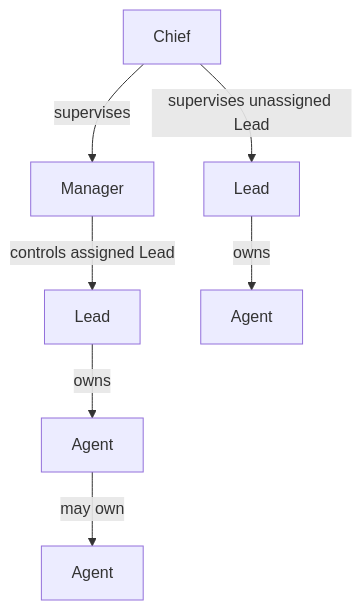
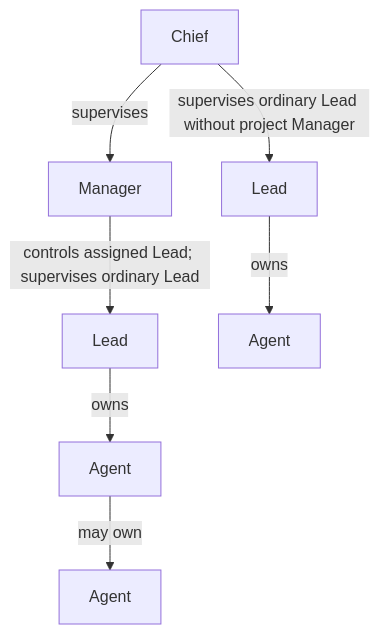
One commit to 767251930/pi-herdsman changed the diagram in docs/concepts/coordination.md. Above: the diagram before and after it, drawn with Mermaid. The commit also changed other lines of this file and 14 other files, not shown here.

Commit message:
feat(supervision): include ordinary Leads in project supervision (#405)

````diff
--- a/docs/concepts/coordination.md
+++ b/docs/concepts/coordination.md
@@ -10,9 +10,9 @@
 ```mermaid
 flowchart TD
     C[Chief] -->|supervises| M[Manager]
-    M -->|controls assigned Lead| L1[Lead]
-    C -->|supervises unassigned Lead| L2[Lead]
+    M -->|controls assigned Lead; supervises ordinary Lead| L1[Lead]
+    C -->|supervises ordinary Lead without project Manager| L2[Lead]
     L1 -->|owns| A1[Agent]
     A1 -->|may own| A2[Agent]
     L2 -->|owns| A3[Agent]
 ```
````
